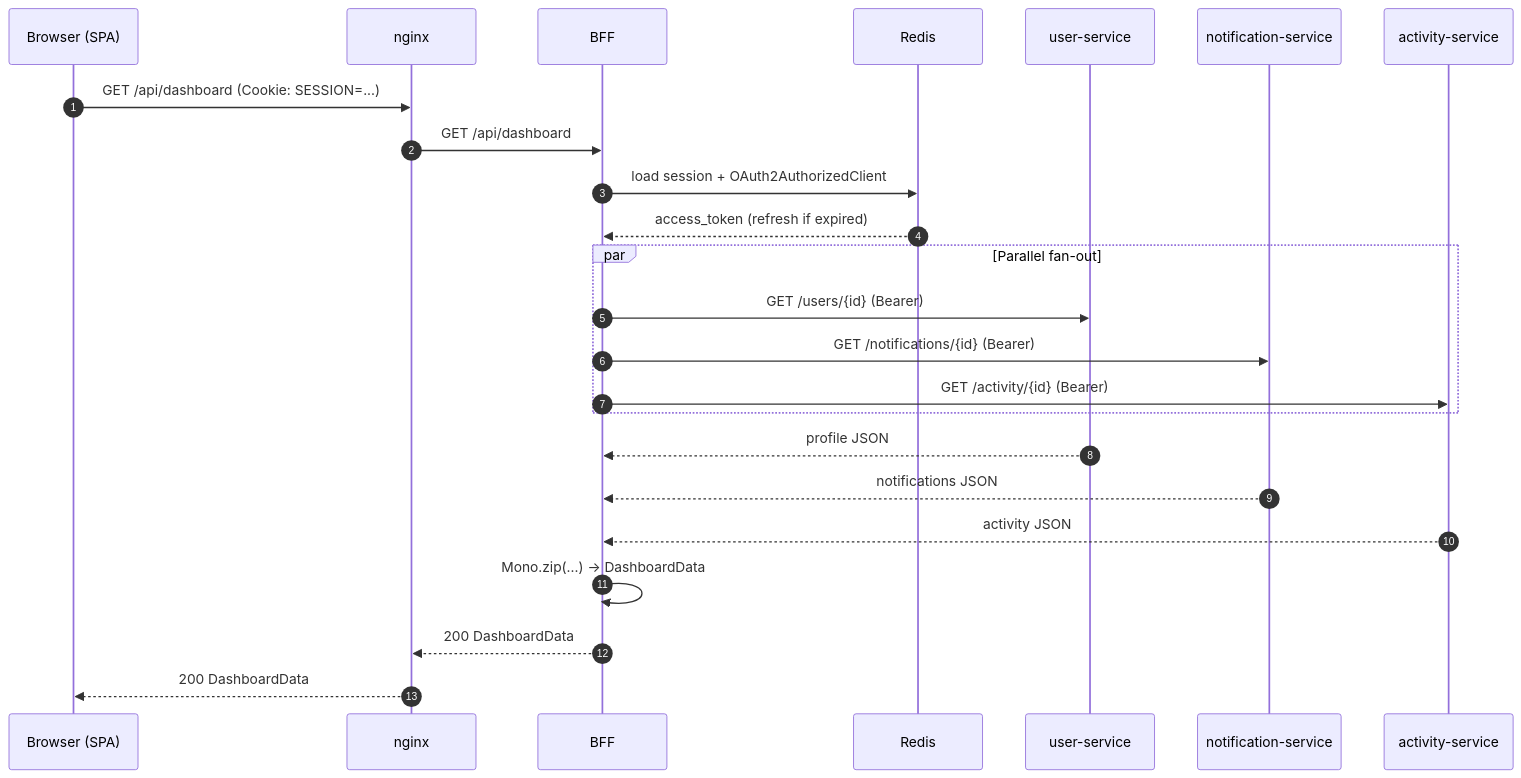
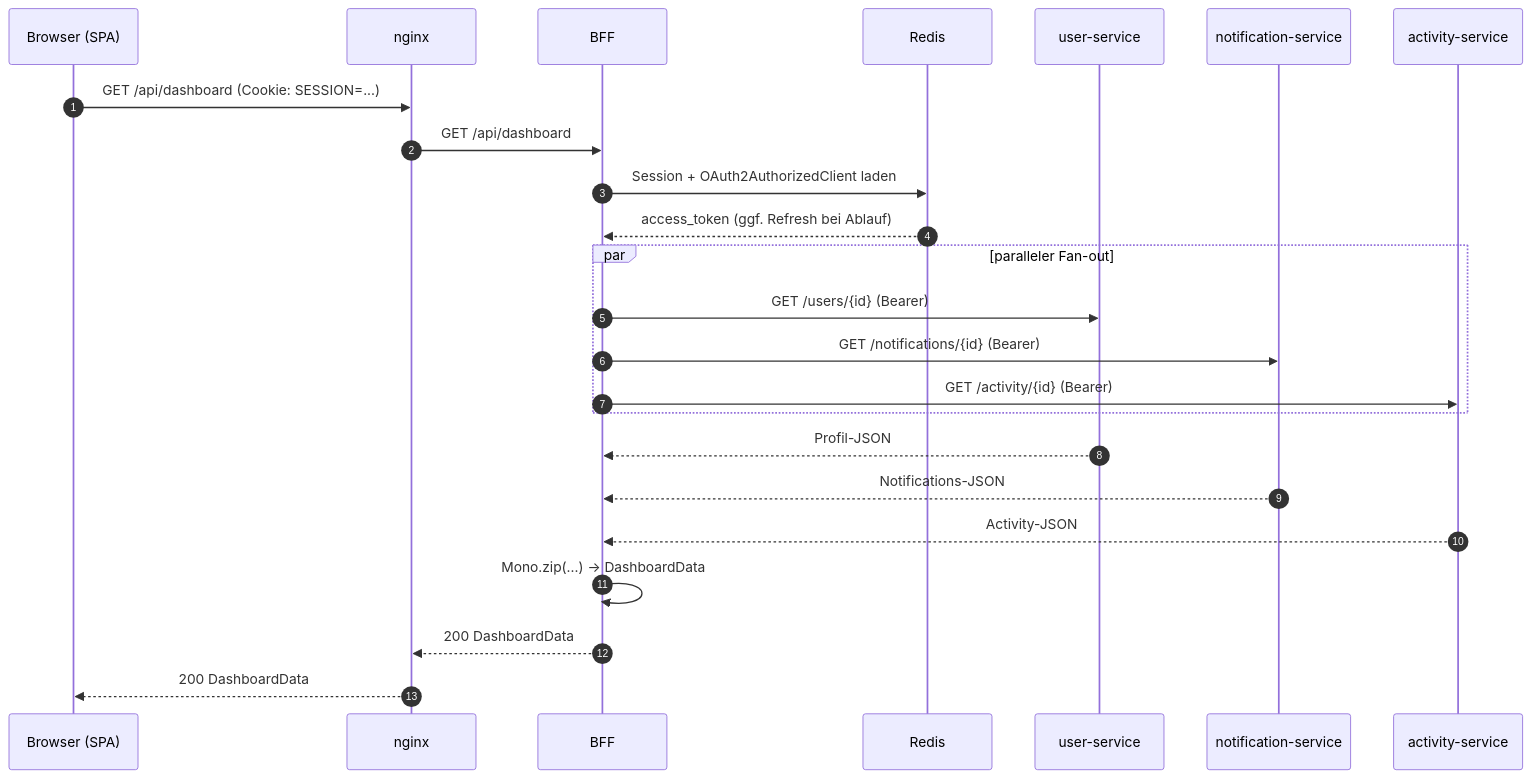
Before and after one commit to mjanda0815/BFF-Reference: the third of 4 diagrams in docs/architecture.md, drawn with Mermaid. The commit also changed other lines of this file and 8 other files, not shown here.

First line of the commit message:
Translate README, architecture, security concept and ADRs to German

````diff
--- a/docs/architecture.md
+++ b/docs/architecture.md
@@ -119,27 +119,27 @@
 ```mermaid
 sequenceDiagram
     autonumber
     participant B as Browser (SPA)
     participant N as nginx
     participant BFF as BFF
     participant R as Redis
     participant US as user-service
     participant NS as notification-service
     participant AS as activity-service
 
     B->>N: GET /api/dashboard (Cookie: SESSION=...)
     N->>BFF: GET /api/dashboard
-    BFF->>R: load session + OAuth2AuthorizedClient
-    R-->>BFF: access_token (refresh if expired)
-    par Parallel fan-out
+    BFF->>R: Session + OAuth2AuthorizedClient laden
+    R-->>BFF: access_token (ggf. Refresh bei Ablauf)
+    par paralleler Fan-out
         BFF->>US: GET /users/{id} (Bearer)
         BFF->>NS: GET /notifications/{id} (Bearer)
         BFF->>AS: GET /activity/{id} (Bearer)
     end
-    US-->>BFF: profile JSON
-    NS-->>BFF: notifications JSON
-    AS-->>BFF: activity JSON
+    US-->>BFF: Profil-JSON
+    NS-->>BFF: Notifications-JSON
+    AS-->>BFF: Activity-JSON
     BFF->>BFF: Mono.zip(...) → DashboardData
     BFF-->>N: 200 DashboardData
     N-->>B: 200 DashboardData
 ```
````
